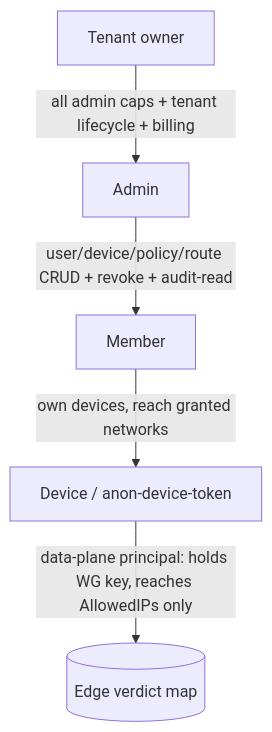
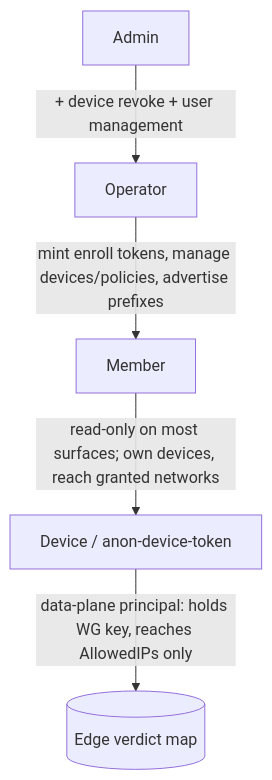
One commit to HelixDevelopment/helix_vpn changed the second of 5 diagrams in docs/research/mvp/final/v01-product/personas-and-roles.md. Above: the diagram before and after it, drawn with Mermaid. The commit also changed other lines of this file and 74 other files, not shown here.

````diff
--- a/docs/research/mvp/final/v01-product/personas-and-roles.md
+++ b/docs/research/mvp/final/v01-product/personas-and-roles.md
@@ -221,7 +238,7 @@
 ```mermaid
 flowchart TB
-  TO[Tenant owner] -->|all admin caps + tenant lifecycle + billing| ADM[Admin]
-  ADM -->|user/device/policy/route CRUD + revoke + audit-read| MEM[Member]
-  MEM -->|own devices, reach granted networks| DEV[Device / anon-device-token]
+  ADM[Admin] -->|+ device revoke + user management| OPR[Operator]
+  OPR -->|mint enroll tokens, manage devices/policies, advertise prefixes| MEM[Member]
+  MEM -->|read-only on most surfaces; own devices, reach granted networks| DEV[Device / anon-device-token]
   DEV -->|data-plane principal: holds WG key, reaches AllowedIPs only| EDGE[(Edge verdict map)]
 ```
````
